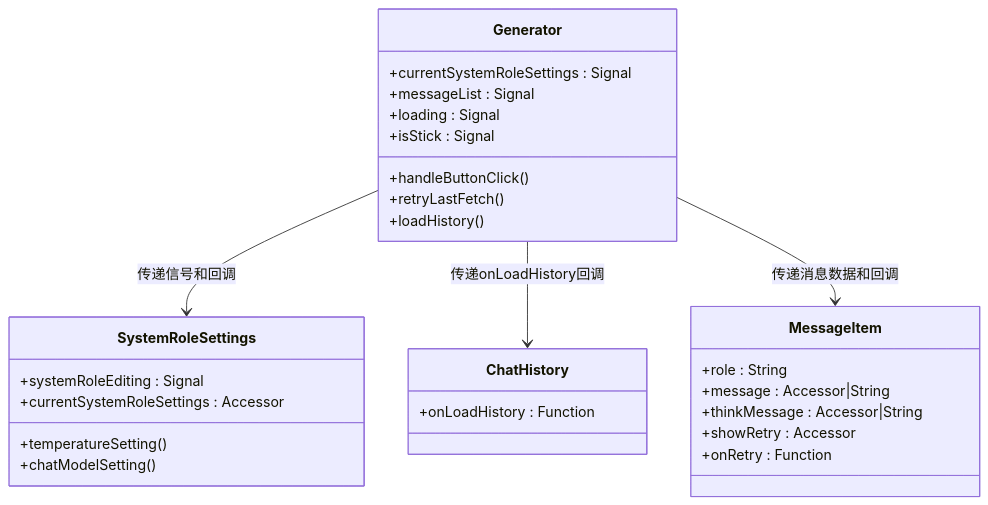
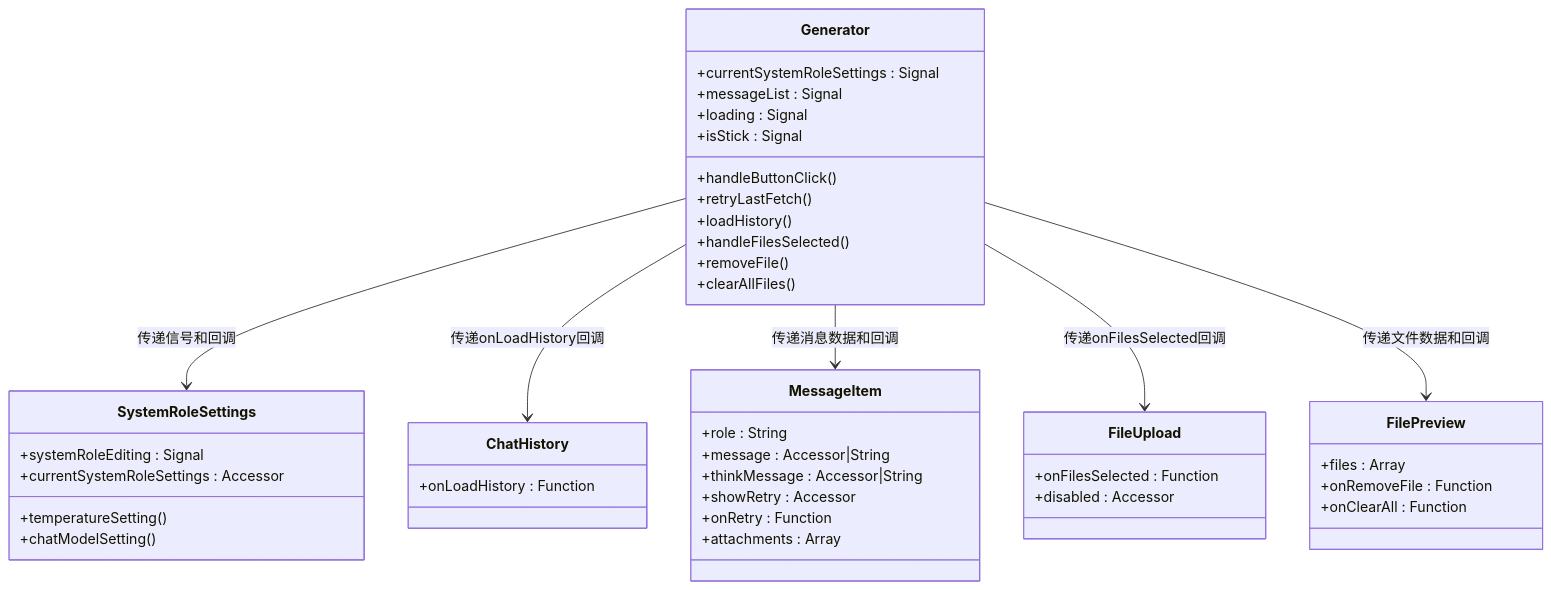
One commit to zfyime/chat-mini changed the sixth of 8 diagrams in .qoder/repowiki/zh/content/组件架构/组件架构.md. Above: the diagram before and after it, drawn with Mermaid. The commit also changed other lines of this file and 8 other files, not shown here.

````diff
--- a/.qoder/repowiki/zh/content/组件架构/组件架构.md
+++ b/.qoder/repowiki/zh/content/组件架构/组件架构.md
@@ -161,31 +327,46 @@
 ```mermaid
 classDiagram
 class Generator {
 +currentSystemRoleSettings : Signal
 +messageList : Signal
 +loading : Signal
 +isStick : Signal
 +handleButtonClick()
 +retryLastFetch()
 +loadHistory()
++handleFilesSelected()
++removeFile()
++clearAllFiles()
 }
 class SystemRoleSettings {
 +systemRoleEditing : Signal
 +currentSystemRoleSettings : Accessor
 +temperatureSetting()
 +chatModelSetting()
 }
 class ChatHistory {
 +onLoadHistory : Function
 }
 class MessageItem {
 +role : String
 +message : Accessor|String
 +thinkMessage : Accessor|String
 +showRetry : Accessor
 +onRetry : Function
++attachments : Array
+}
+class FileUpload {
++onFilesSelected : Function
++disabled : Accessor
+}
+class FilePreview {
++files : Array
++onRemoveFile : Function
++onClearAll : Function
 }
 Generator --> SystemRoleSettings : 传递信号和回调
 Generator --> ChatHistory : 传递onLoadHistory回调
 Generator --> MessageItem : 传递消息数据和回调
+Generator --> FileUpload : 传递onFilesSelected回调
+Generator --> FilePreview : 传递文件数据和回调
 ```
````
